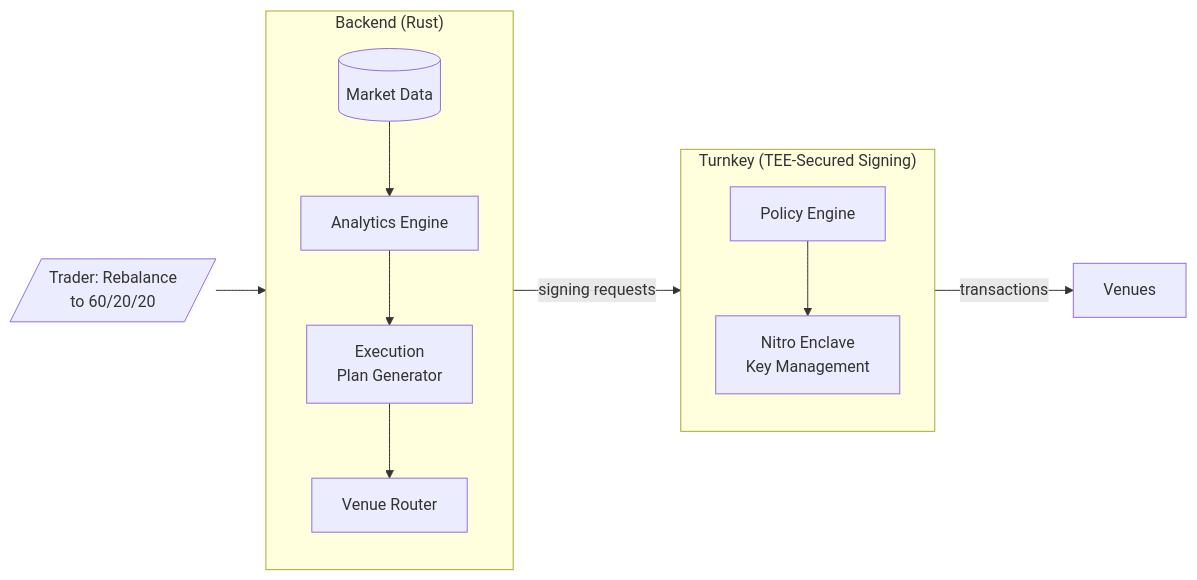
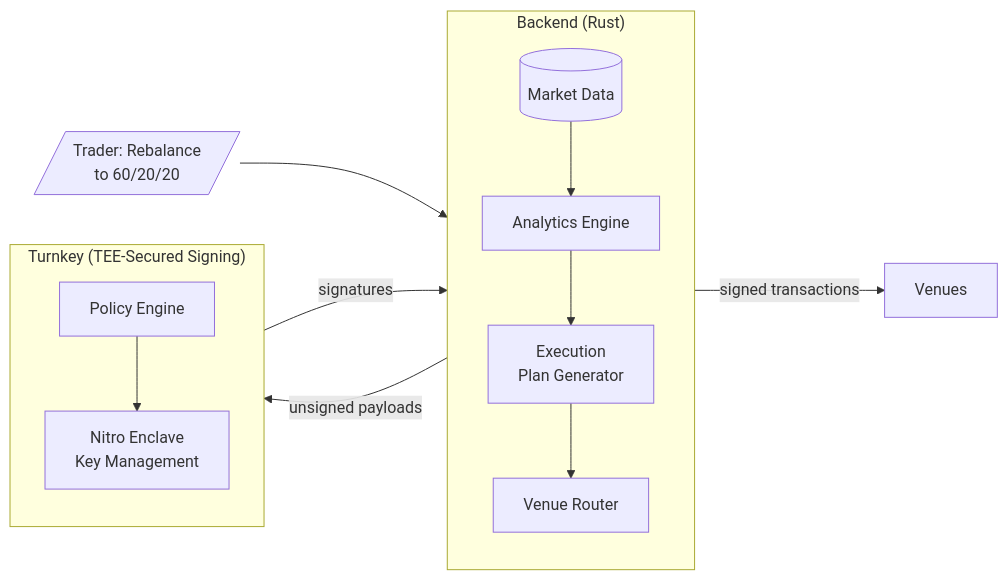
One commit to dataclique/moneymentum changed the first of 2 diagrams in SPEC.md. Above: the diagram before and after it, drawn with Mermaid. The commit also changed other lines of this file and 1 other file, not shown here.

Commit message:
deepen Turnkey research: fund isolation, delegated access, policy engine; fix execution diagram

````diff
--- a/SPEC.md
+++ b/SPEC.md
@@ -78,26 +78,27 @@
 ```mermaid
 flowchart LR
     T[/"Trader: Rebalance<br/>to 60/20/20"/]
 
     subgraph Backend["Backend (Rust)"]
         direction TB
         DATA[(Market Data)]
         ANAL[Analytics Engine]
         PLAN[Execution<br/>Plan Generator]
         ROUTE[Venue Router]
         DATA --> ANAL --> PLAN --> ROUTE
     end
 
     subgraph Turnkey["Turnkey (TEE-Secured Signing)"]
         direction TB
         POL[Policy Engine]
         ENCLAVE[Nitro Enclave<br/>Key Management]
         POL --> ENCLAVE
     end
 
     V[Venues]
 
     T --> PLAN
-    ROUTE -->|signing requests| POL
-    ENCLAVE -->|transactions| V
+    ROUTE -->|unsigned payloads| POL
+    ENCLAVE -->|signatures| ROUTE
+    ROUTE -->|signed transactions| V
 ```
````
